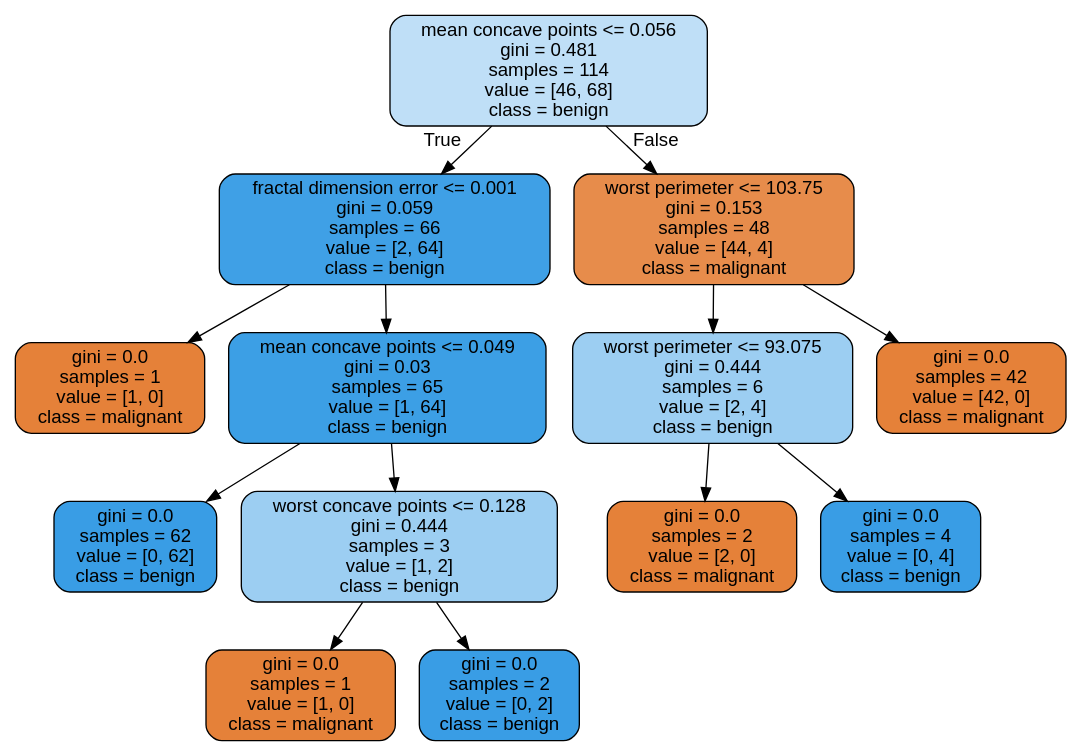
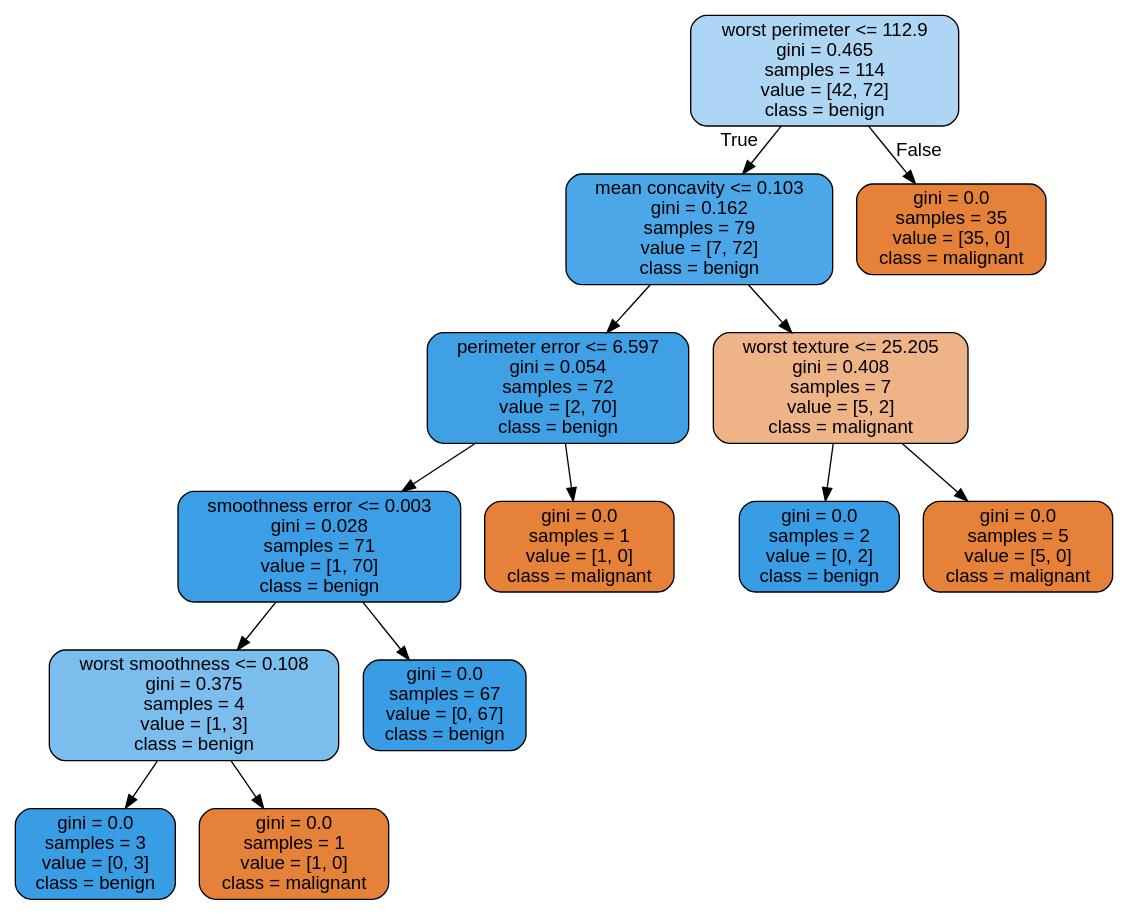
The diagram in images/decision_trees/cancer_tree_test.dot (JoseDeJesusMendozaBecerril/Practica4_MineriaDeDatos), drawn with Graphviz before and after one commit. The commit also changed 17 other files, not shown here.

```diff
--- a/images/decision_trees/cancer_tree_test.dot
+++ b/images/decision_trees/cancer_tree_test.dot
@@ -1,29 +1,29 @@
 digraph Tree {
 node [shape=box, style="filled, rounded", color="black", fontname=helvetica] ;
 edge [fontname=helvetica] ;
-0 [label="mean concave points <= 0.056\ngini = 0.481\nsamples = 114\nvalue = [46, 68]\nclass = benign", fillcolor="#bfdff7"] ;
-1 [label="fractal dimension error <= 0.001\ngini = 0.059\nsamples = 66\nvalue = [2, 64]\nclass = benign", fillcolor="#3fa0e6"] ;
+0 [label="worst perimeter <= 112.9\ngini = 0.465\nsamples = 114\nvalue = [42, 72]\nclass = benign", fillcolor="#acd6f4"] ;
+1 [label="mean concavity <= 0.103\ngini = 0.162\nsamples = 79\nvalue = [7, 72]\nclass = benign", fillcolor="#4ca7e8"] ;
 0 -> 1 [labeldistance=2.5, labelangle=45, headlabel="True"] ;
-2 [label="gini = 0.0\nsamples = 1\nvalue = [1, 0]\nclass = malignant", fillcolor="#e58139"] ;
+2 [label="perimeter error <= 6.597\ngini = 0.054\nsamples = 72\nvalue = [2, 70]\nclass = benign", fillcolor="#3fa0e6"] ;
 1 -> 2 ;
-3 [label="mean concave points <= 0.049\ngini = 0.03\nsamples = 65\nvalue = [1, 64]\nclass = benign", fillcolor="#3c9fe5"] ;
-1 -> 3 ;
-4 [label="gini = 0.0\nsamples = 62\nvalue = [0, 62]\nclass = benign", fillcolor="#399de5"] ;
+3 [label="smoothness error <= 0.003\ngini = 0.028\nsamples = 71\nvalue = [1, 70]\nclass = benign", fillcolor="#3c9ee5"] ;
+2 -> 3 ;
+4 [label="worst smoothness <= 0.108\ngini = 0.375\nsamples = 4\nvalue = [1, 3]\nclass = benign", fillcolor="#7bbeee"] ;
 3 -> 4 ;
-5 [label="worst concave points <= 0.128\ngini = 0.444\nsamples = 3\nvalue = [1, 2]\nclass = benign", fillcolor="#9ccef2"] ;
-3 -> 5 ;
+5 [label="gini = 0.0\nsamples = 3\nvalue = [0, 3]\nclass = benign", fillcolor="#399de5"] ;
+4 -> 5 ;
 6 [label="gini = 0.0\nsamples = 1\nvalue = [1, 0]\nclass = malignant", fillcolor="#e58139"] ;
-5 -> 6 ;
-7 [label="gini = 0.0\nsamples = 2\nvalue = [0, 2]\nclass = benign", fillcolor="#399de5"] ;
-5 -> 7 ;
-8 [label="worst perimeter <= 103.75\ngini = 0.153\nsamples = 48\nvalue = [44, 4]\nclass = malignant", fillcolor="#e78c4b"] ;
-0 -> 8 [labeldistance=2.5, labelangle=-45, headlabel="False"] ;
-9 [label="worst perimeter <= 93.075\ngini = 0.444\nsamples = 6\nvalue = [2, 4]\nclass = benign", fillcolor="#9ccef2"] ;
-8 -> 9 ;
-10 [label="gini = 0.0\nsamples = 2\nvalue = [2, 0]\nclass = malignant", fillcolor="#e58139"] ;
+4 -> 6 ;
+7 [label="gini = 0.0\nsamples = 67\nvalue = [0, 67]\nclass = benign", fillcolor="#399de5"] ;
+3 -> 7 ;
+8 [label="gini = 0.0\nsamples = 1\nvalue = [1, 0]\nclass = malignant", fillcolor="#e58139"] ;
+2 -> 8 ;
+9 [label="worst texture <= 25.205\ngini = 0.408\nsamples = 7\nvalue = [5, 2]\nclass = malignant", fillcolor="#efb388"] ;
+1 -> 9 ;
+10 [label="gini = 0.0\nsamples = 2\nvalue = [0, 2]\nclass = benign", fillcolor="#399de5"] ;
 9 -> 10 ;
-11 [label="gini = 0.0\nsamples = 4\nvalue = [0, 4]\nclass = benign", fillcolor="#399de5"] ;
+11 [label="gini = 0.0\nsamples = 5\nvalue = [5, 0]\nclass = malignant", fillcolor="#e58139"] ;
 9 -> 11 ;
-12 [label="gini = 0.0\nsamples = 42\nvalue = [42, 0]\nclass = malignant", fillcolor="#e58139"] ;
-8 -> 12 ;
+12 [label="gini = 0.0\nsamples = 35\nvalue = [35, 0]\nclass = malignant", fillcolor="#e58139"] ;
+0 -> 12 [labeldistance=2.5, labelangle=-45, headlabel="False"] ;
 }
```
